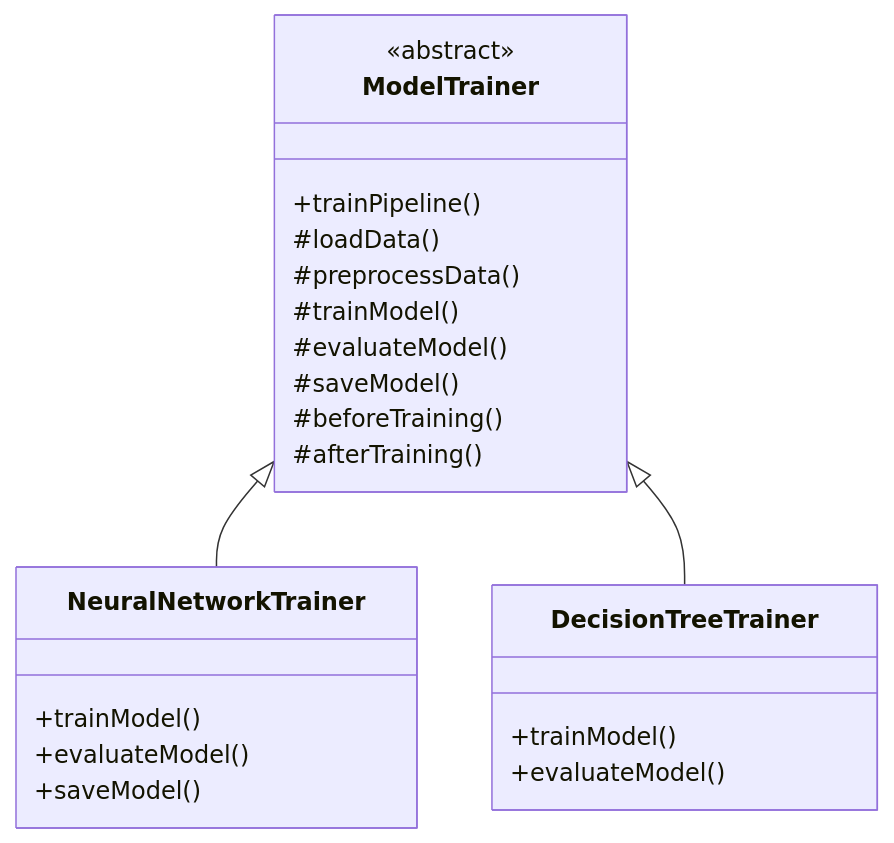
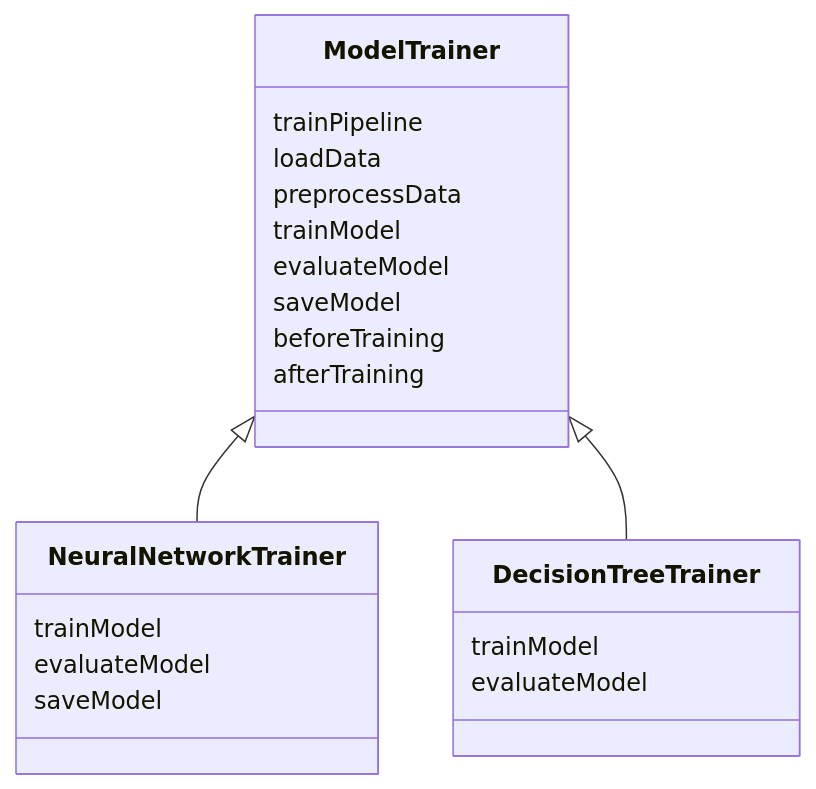
Before and after one commit to gojosatoru123-ux/CacheU: the first of 5 diagrams in src/content/lld-template-design-pattern.md, drawn with Mermaid. The commit also changed other lines of this file and 21 other files, not shown here.

`````diff
--- a/src/content/lld-template-design-pattern.md
+++ b/src/content/lld-template-design-pattern.md
@@ -149,28 +149,27 @@
 ```mermaid
 classDiagram
-    class ModelTrainer {
-        <<abstract>>
-        +trainPipeline()
-        #loadData()
-        #preprocessData()
-        #trainModel()
-        #evaluateModel()
-        #saveModel()
-        #beforeTraining()
-        #afterTraining()
-    }
+class ModelTrainer {
+    trainPipeline
+    loadData
+    preprocessData
+    trainModel
+    evaluateModel
+    saveModel
+    beforeTraining
+    afterTraining
+}
 
-    class NeuralNetworkTrainer {
-        +trainModel()
-        +evaluateModel()
-        +saveModel()
-    }
+class NeuralNetworkTrainer {
+    trainModel
+    evaluateModel
+    saveModel
+}
 
-    class DecisionTreeTrainer {
-        +trainModel()
-        +evaluateModel()
-    }
+class DecisionTreeTrainer {
+    trainModel
+    evaluateModel
+}
 
-    ModelTrainer <|-- NeuralNetworkTrainer
-    ModelTrainer <|-- DecisionTreeTrainer
-````
+ModelTrainer <|-- NeuralNetworkTrainer
+ModelTrainer <|-- DecisionTreeTrainer
+```
`````
